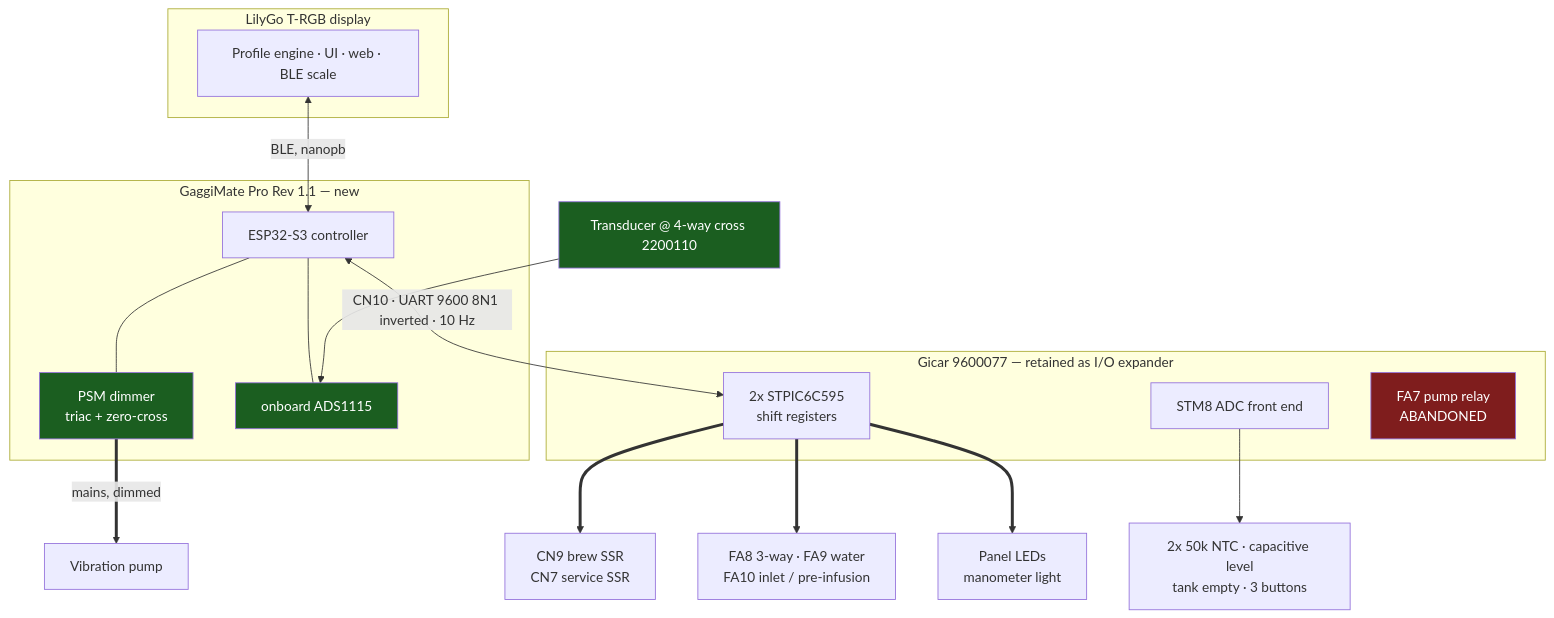
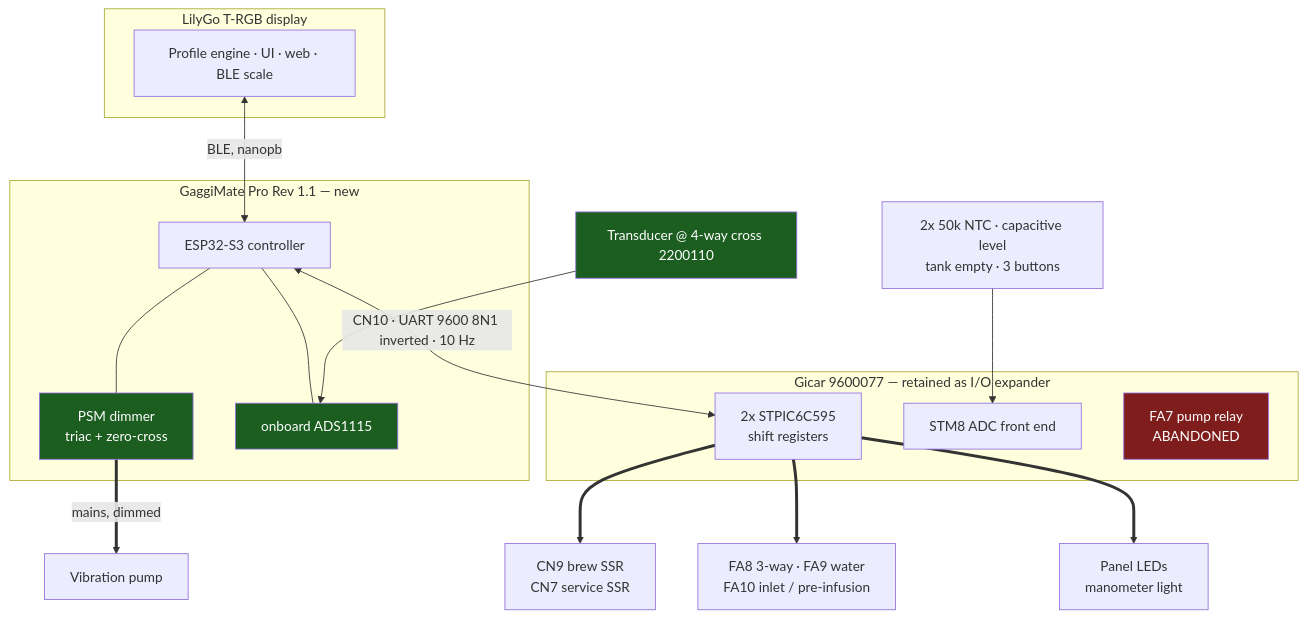
One commit to salekseev/gaggimate changed the first of 3 diagrams in docs/plans/lelit-elizabeth-gaggimate.md. Above: the diagram before and after it, drawn with Mermaid. The commit also changed other lines of this file and 15 other files, not shown here.

First line of the commit message:
docs: Apply cleanup review to the Lelit plan and diagrams

````diff
--- a/docs/plans/lelit-elizabeth-gaggimate.md
+++ b/docs/plans/lelit-elizabeth-gaggimate.md
@@ -62,36 +64,36 @@
 ```mermaid
 flowchart TB
   subgraph DISP["LilyGo T-RGB display"]
     PROF["Profile engine · UI · web · BLE scale"]
   end
 
   subgraph PRO["GaggiMate Pro Rev 1.1 — new"]
     CTRL["ESP32-S3 controller"]
     DIM["PSM dimmer<br/>triac + zero-cross"]
     ADS["onboard ADS1115"]
   end
 
   subgraph GIC["Gicar 9600077 — retained as I/O expander"]
     SR["2x STPIC6C595<br/>shift registers"]
     AFE["STM8 ADC front end"]
     FA7["FA7 pump relay<br/>ABANDONED"]
   end
 
   PROF <-->|"BLE, nanopb"| CTRL
   CTRL --- DIM
   CTRL --- ADS
   CTRL <-->|"CN10 · UART 9600 8N1 inverted · 10 Hz"| SR
 
   DIM ==>|"mains, dimmed"| PUMP["Vibration pump"]
   XD["Transducer @ 4-way cross 2200110"] --> ADS
 
   SR ==> HEAT["CN9 brew SSR<br/>CN7 service SSR"]
   SR ==> SOL["FA8 3-way · FA9 water<br/>FA10 inlet / pre-infusion"]
   SR ==> PANEL["Panel LEDs<br/>manometer light"]
-  AFE --> SENS["2x 50k NTC · capacitive level<br/>tank empty · 3 buttons"]
+  SENS["2x 50k NTC · capacitive level<br/>tank empty · 3 buttons"] --> AFE
 
   style DIM fill:#1b5e20,color:#fff
   style ADS fill:#1b5e20,color:#fff
   style XD fill:#1b5e20,color:#fff
   style FA7 fill:#7f1d1d,color:#fff
 ```
````
